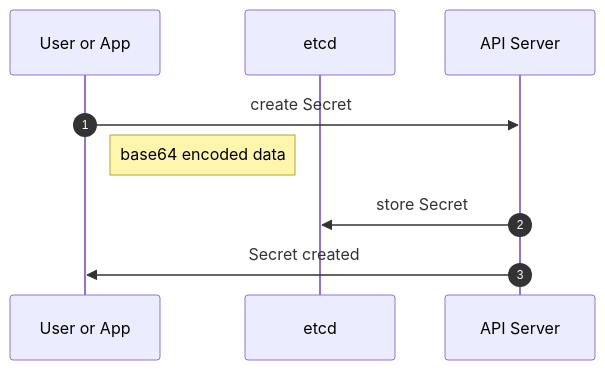
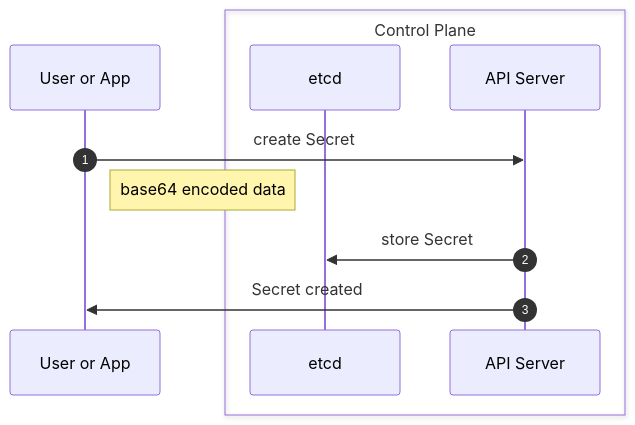
The first of 2 diagrams in ch01/example02/readme.md (PacktPublishing/Kubernetes-Secrets-Handbook), drawn with Mermaid before and after one commit. The commit also changed other lines of this file, not shown here.

````diff
--- a/ch01/example02/readme.md
+++ b/ch01/example02/readme.md
@@ -48,11 +48,13 @@
 ```mermaid
 sequenceDiagram
 participant User or App
+box Control Plane
 participant etcd
 participant API Server
+end
 autonumber
   User or App->>API Server: create Secret
   Note right of User or App: base64 encoded data
   API Server->>etcd: store Secret
   API Server->>User or App: Secret created
 ```
````
